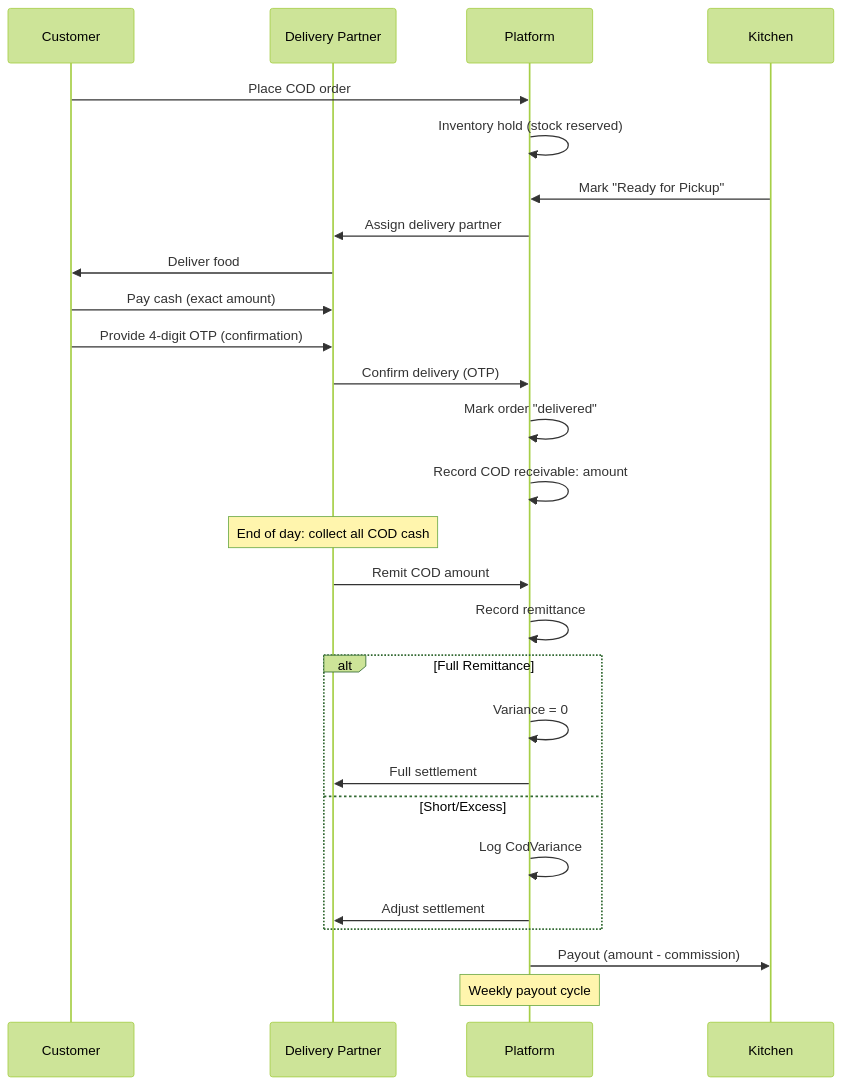
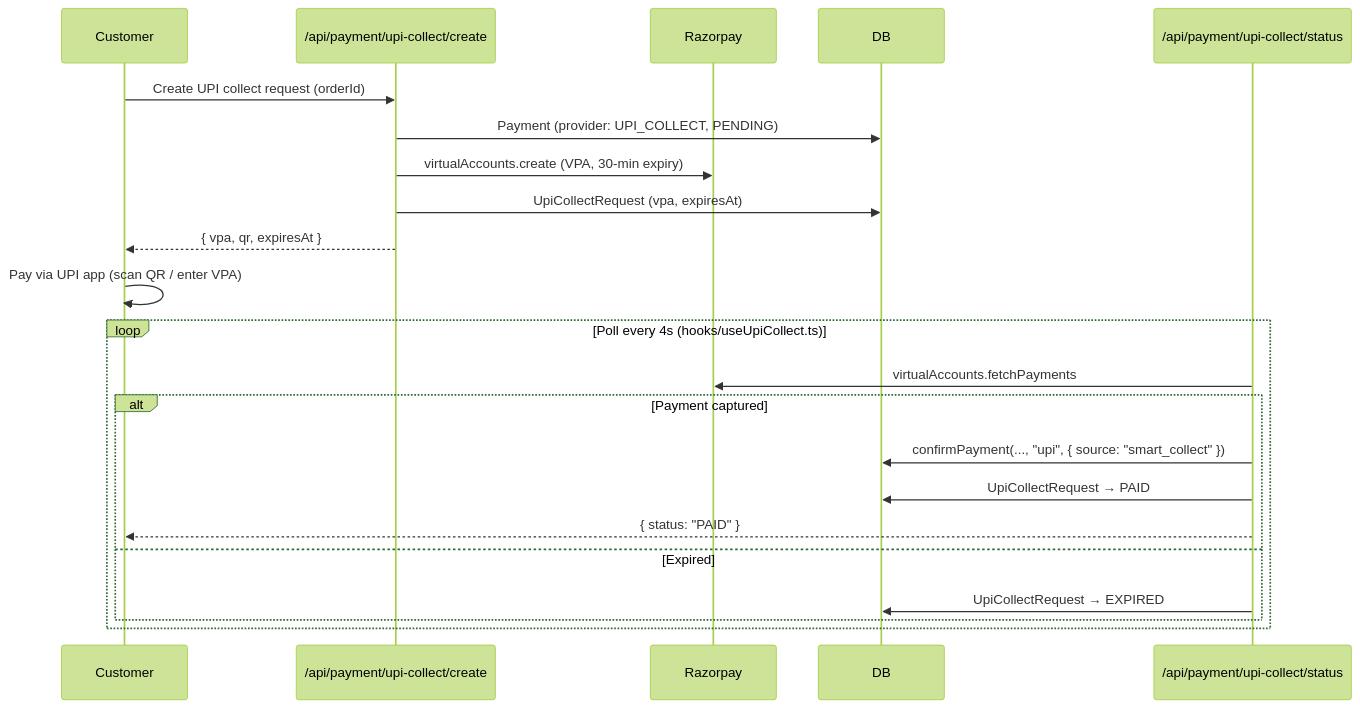
One commit to dharshan47/rrckitchen changed the fourth of 6 diagrams in docs/08-payment-system.md. Above: the diagram before and after it, drawn with Mermaid (forest theme). The commit also changed other lines of this file and 462 other files, not shown here.

Commit message:
feat: implement core platform features including admin dashboards, catalog management, loyalty systems, and delivery partner workflows with comprehensive test coverage and documentation.

````diff
--- a/docs/08-payment-system.md
+++ b/docs/08-payment-system.md
@@ -239,36 +189,27 @@
 ```mermaid
 sequenceDiagram
     participant Customer
-    participant Delivery as Delivery Partner
-    participant Platform
-    participant Kitchen
+    participant API as /api/payment/upi-collect/create
+    participant Razorpay
+    participant DB
+    participant Poll as /api/payment/upi-collect/status
 
-    Customer->>Platform: Place COD order
-    Platform->>Platform: Inventory hold (stock reserved)
+    Customer->>API: Create UPI collect request (orderId)
+    API->>DB: Payment (provider: UPI_COLLECT, PENDING)
+    API->>Razorpay: virtualAccounts.create (VPA, 30-min expiry)
+    API->>DB: UpiCollectRequest (vpa, expiresAt)
+    API-->>Customer: { vpa, qr, expiresAt }
 
-    Kitchen->>Platform: Mark "Ready for Pickup"
-    Platform->>Delivery: Assign delivery partner
+    Customer->>Customer: Pay via UPI app (scan QR / enter VPA)
 
-    Delivery->>Customer: Deliver food
-    Customer->>Delivery: Pay cash (exact amount)
-    Customer->>Delivery: Provide 4-digit OTP (confirmation)
-    Delivery->>Platform: Confirm delivery (OTP)
-
-    Platform->>Platform: Mark order "delivered"
-    Platform->>Platform: Record COD receivable: amount
-
-    Note over Delivery: End of day: collect all COD cash
-    Delivery->>Platform: Remit COD amount
-    Platform->>Platform: Record remittance
-
-    alt Full Remittance
-        Platform->>Platform: Variance = 0
-        Platform->>Delivery: Full settlement
-    else Short/Excess
-        Platform->>Platform: Log CodVariance
-        Platform->>Delivery: Adjust settlement
+    loop Poll every 4s (hooks/useUpiCollect.ts)
+        Poll->>Razorpay: virtualAccounts.fetchPayments
+        alt Payment captured
+            Poll->>DB: confirmPayment(..., "upi", { source: "smart_collect" })
+            Poll->>DB: UpiCollectRequest → PAID
+            Poll-->>Customer: { status: "PAID" }
+        else Expired
+            Poll->>DB: UpiCollectRequest → EXPIRED
+        end
     end
-
-    Platform->>Kitchen: Payout (amount - commission)
-    Note over Platform: Weekly payout cycle
 ```
````
